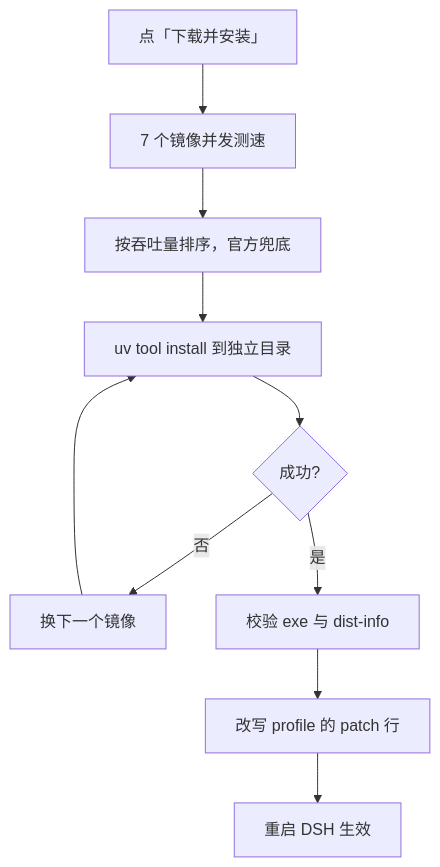
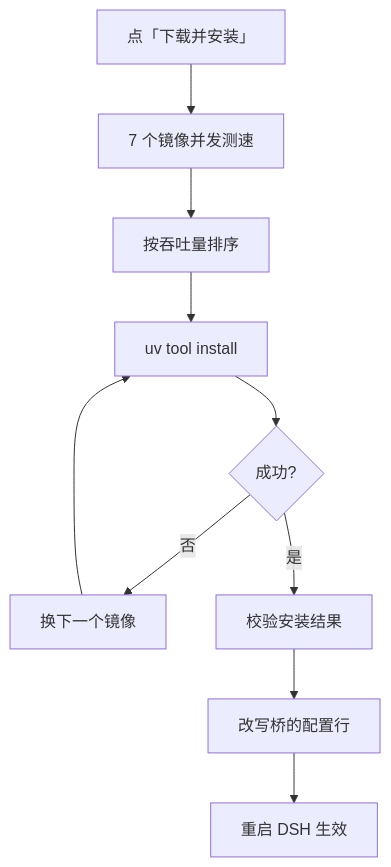
The first of 2 diagrams in README.md (xkzm123/dsh-desktop-bridge), drawn with Mermaid before and after one commit.

Commit message:
docs: shorten flowchart labels to the node width
GitHub's mermaid build measures CJK glyphs short, so a node box stops around 8 characters and the rest is clipped. Keep every label inside that budget and let the prose carry the detail.

````diff
--- a/README.md
+++ b/README.md
@@ -164,12 +164,12 @@
 ```mermaid
 flowchart TD
     A[点「下载并安装」] --> B[7 个镜像并发测速]
-    B --> C[按吞吐量排序，官方兜底]
-    C --> D[uv tool install 到独立目录]
+    B --> C[按吞吐量排序]
+    C --> D[uv tool install]
     D --> E{成功?}
     E -- 否 --> F[换下一个镜像]
     F --> D
-    E -- 是 --> G[校验 exe 与 dist-info]
-    G --> H[改写 profile 的 patch 行]
+    E -- 是 --> G[校验安装结果]
+    G --> H[改写桥的配置行]
     H --> I[重启 DSH 生效]
 ```
````
